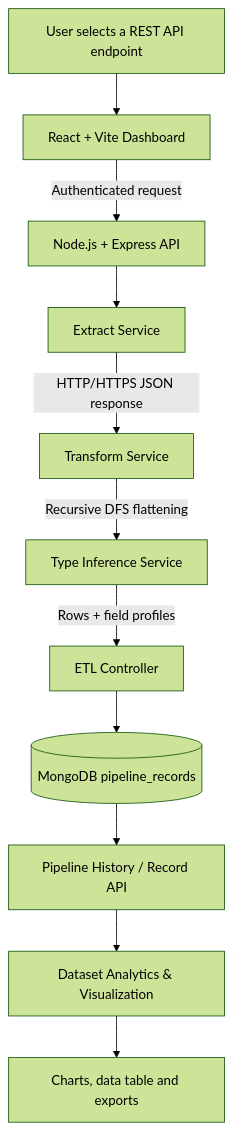
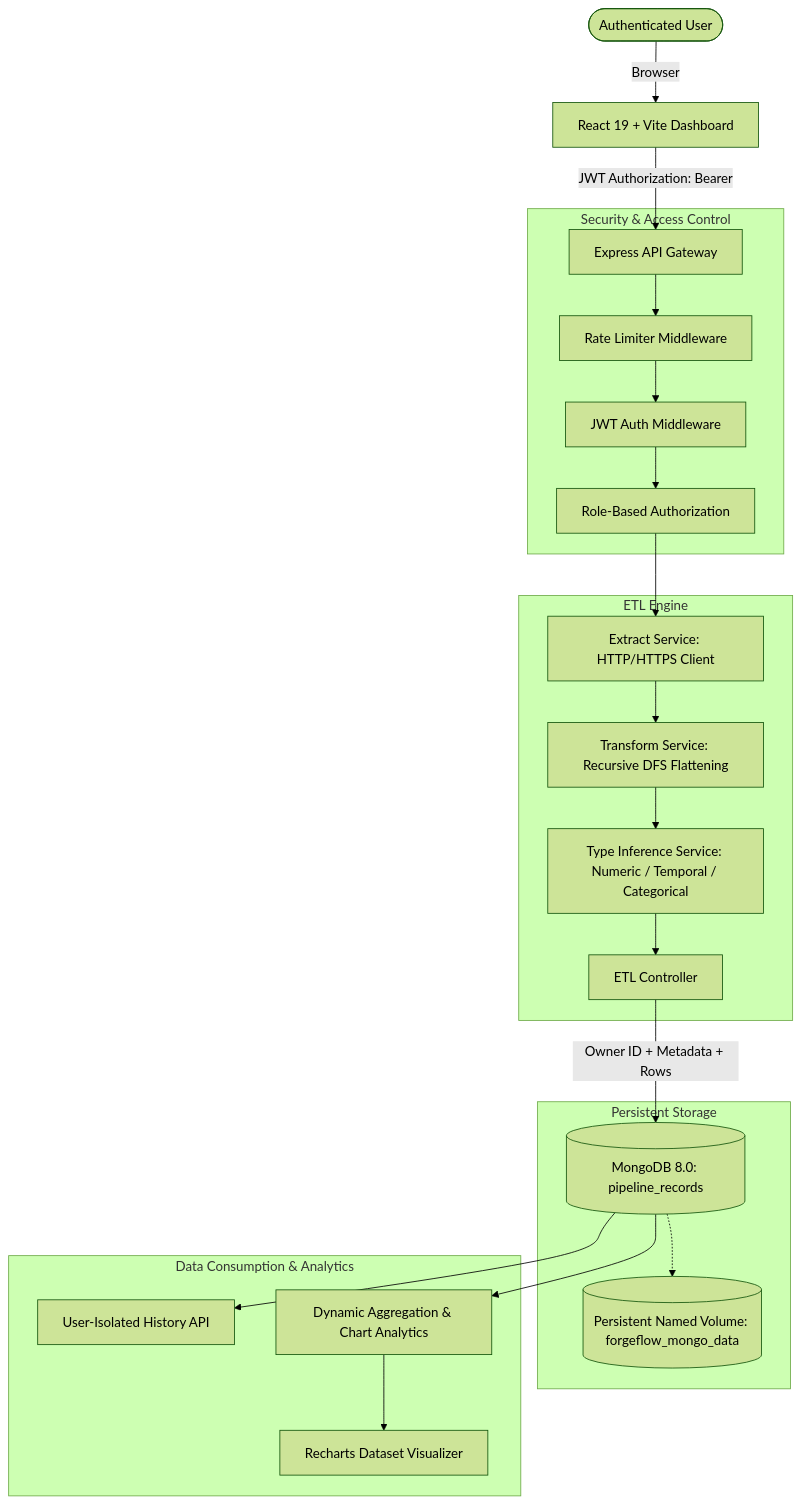
Before and after one commit to Vedant169/ForgeFlow: the diagram in README.md, drawn with Mermaid (forest theme). The commit also changed other lines of this file and 18 other files, not shown here.

````diff
--- a/README.md
+++ b/README.md
@@ -31,13 +11,29 @@
 ```mermaid
 flowchart TD
-    A[User selects a REST API endpoint] --> B[React + Vite Dashboard]
-    B -->|Authenticated request| C[Node.js + Express API]
-    C --> D[Extract Service]
-    D -->|HTTP/HTTPS JSON response| E[Transform Service]
-    E -->|Recursive DFS flattening| F[Type Inference Service]
-    F -->|Rows + field profiles| G[ETL Controller]
-    G --> H[(MongoDB pipeline_records)]
-    H --> I[Pipeline History / Record API]
-    I --> J[Dataset Analytics & Visualization]
-    J --> K[Charts, data table and exports]
+    User([Authenticated User]) -->|Browser| Frontend[React 19 + Vite Dashboard]
+    Frontend -->|JWT Authorization: Bearer| API[Express API Gateway]
+    
+    subgraph Security & Access Control
+        API --> RateLimiter[Rate Limiter Middleware]
+        RateLimiter --> AuthMiddleware[JWT Auth Middleware]
+        AuthMiddleware --> RBAC[Role-Based Authorization]
+    end
+    
+    subgraph ETL Engine
+        RBAC --> Extract[Extract Service: HTTP/HTTPS Client]
+        Extract --> Transform[Transform Service: Recursive DFS Flattening]
+        Transform --> Infer[Type Inference Service: Numeric / Temporal / Categorical]
+        Infer --> Controller[ETL Controller]
+    end
+    
+    subgraph Persistent Storage
+        Controller -->|Owner ID + Metadata + Rows| Mongo[(MongoDB 8.0: pipeline_records)]
+        Mongo -.-> Volume[(Persistent Named Volume: forgeflow_mongo_data)]
+    end
+    
+    subgraph Data Consumption & Analytics
+        Mongo --> HistoryAPI[User-Isolated History API]
+        Mongo --> AnalyticsEngine[Dynamic Aggregation & Chart Analytics]
+        AnalyticsEngine --> Visualizer[Recharts Dataset Visualizer]
+    end
 ```
````
